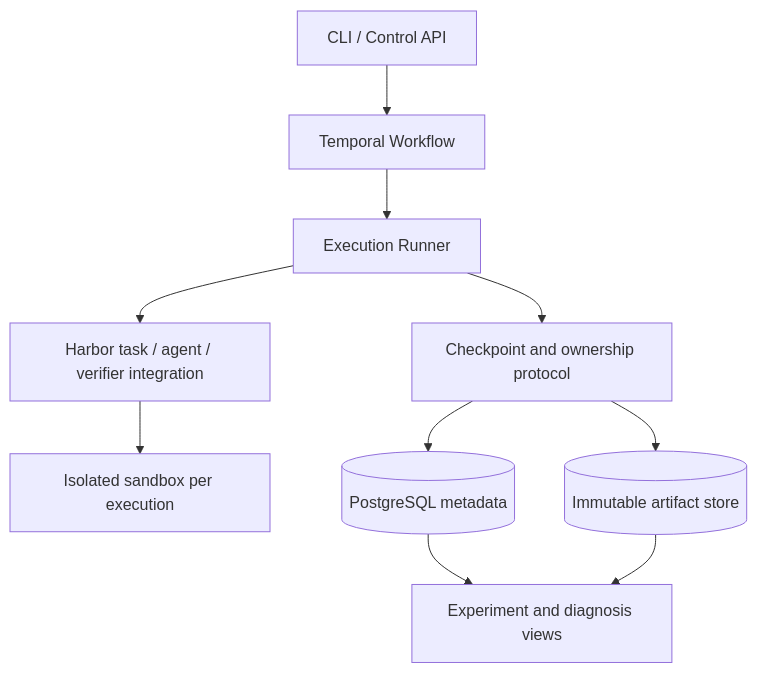
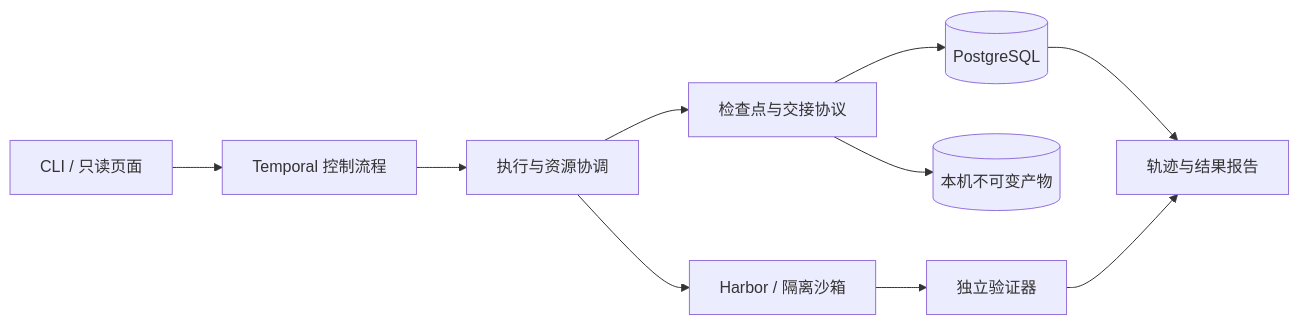
One commit to MrHappyEnding/relay-trace-verify changed the diagram in README.md. Above: the diagram before and after it, drawn with Mermaid. The commit also changed other lines of this file and 22 other files, not shown here.

````diff
--- a/README.md
+++ b/README.md
@@ -93,12 +61,12 @@
 ```mermaid
-flowchart TD
-    API[CLI / Control API] --> WF[Temporal Workflow]
-    WF --> RUN[Execution Runner]
-    RUN --> HB[Harbor task / agent / verifier integration]
-    HB --> BOX[Isolated sandbox per execution]
-    RUN --> CP[Checkpoint and ownership protocol]
-    CP --> DB[(PostgreSQL metadata)]
-    CP --> OBJ[(Immutable artifact store)]
-    DB --> EXP[Experiment and diagnosis views]
-    OBJ --> EXP
+flowchart LR
+    CLI[CLI / 只读页面] --> Control[Temporal 控制流程]
+    Control --> Runner[执行与资源协调]
+    Runner --> Sandbox[Harbor / 隔离沙箱]
+    Runner --> Checkpoint[检查点与交接协议]
+    Checkpoint --> State[(PostgreSQL)]
+    Checkpoint --> Files[(本机不可变产物)]
+    Sandbox --> Verifier[独立验证器]
+    State --> Report[轨迹与结果报告]
+    Verifier --> Report
 ```
````
